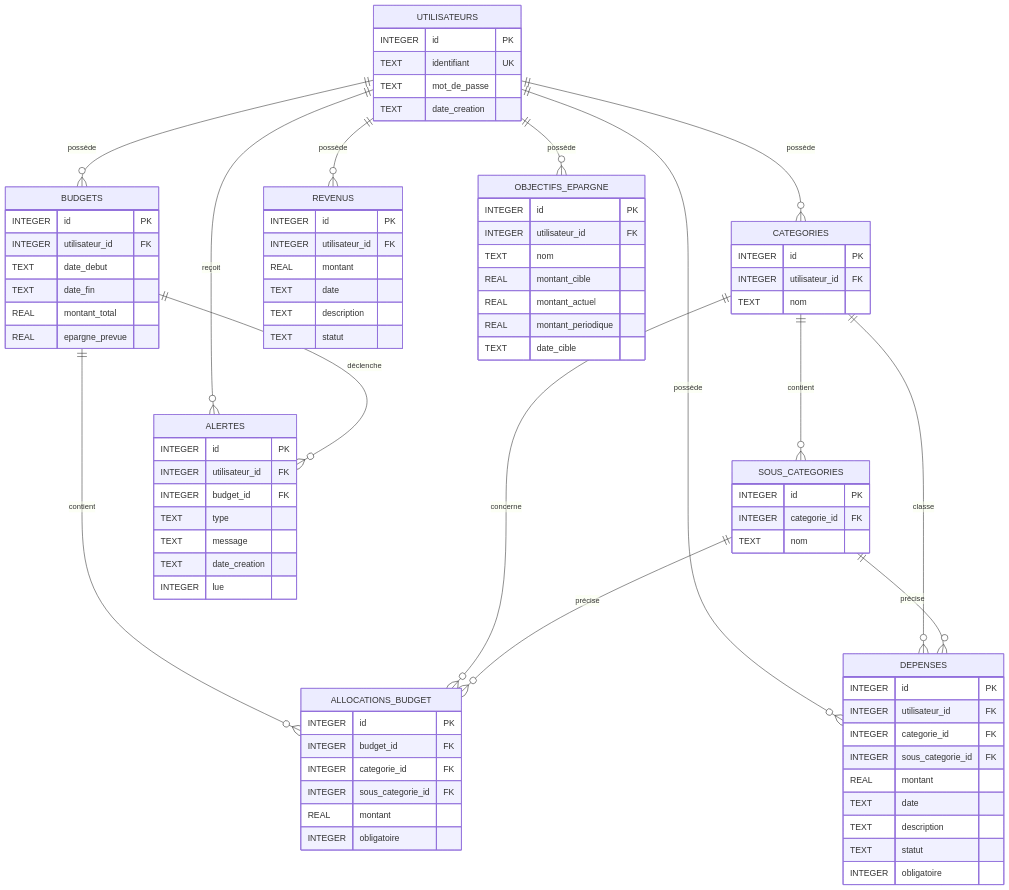
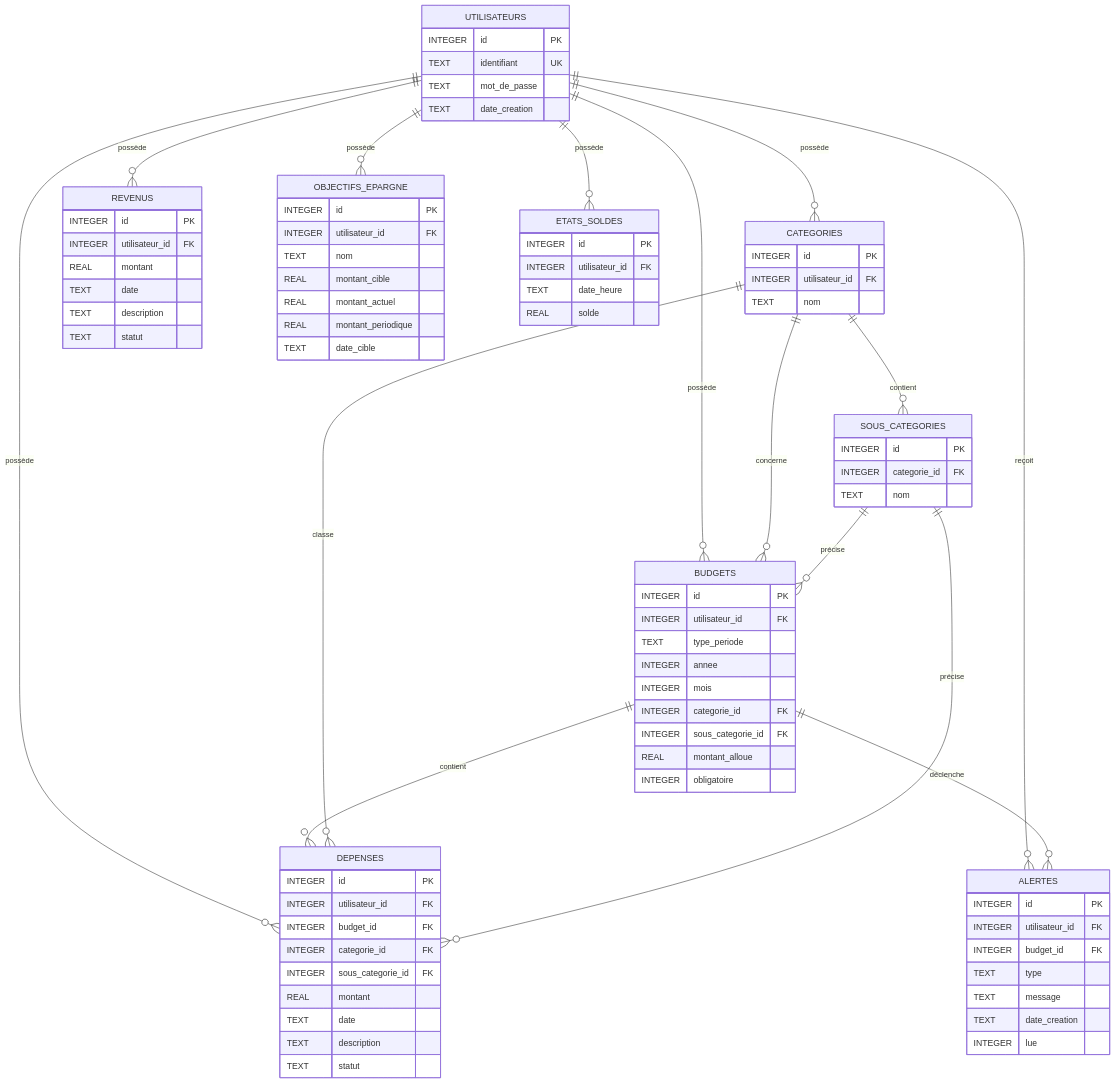
Before and after one commit to TheMuliama/plannification_budgetaire: the diagram in docs/schéma_bdd.md, drawn with Mermaid.

Commit message:
docs: modif `schéma_bdd`

````diff
--- a/docs/schéma_bdd.md
+++ b/docs/schéma_bdd.md
@@ -23,18 +23,12 @@
     BUDGETS {
         INTEGER id PK
         INTEGER utilisateur_id FK
-        TEXT date_debut
-        TEXT date_fin
-        REAL montant_total
-        REAL epargne_prevue
-    }
-
-    ALLOCATIONS_BUDGET {
-        INTEGER id PK
-        INTEGER budget_id FK
+        TEXT type_periode
+        INTEGER annee
+        INTEGER mois
         INTEGER categorie_id FK
         INTEGER sous_categorie_id FK
-        REAL montant
+        REAL montant_alloue
         INTEGER obligatoire
     }
 
@@ -50,13 +44,13 @@
     DEPENSES {
         INTEGER id PK
         INTEGER utilisateur_id FK
+        INTEGER budget_id FK
         INTEGER categorie_id FK
         INTEGER sous_categorie_id FK
         REAL montant
         TEXT date
         TEXT description
         TEXT statut
-        INTEGER obligatoire
     }
 
     OBJECTIFS_EPARGNE {
@@ -67,6 +61,13 @@
         REAL montant_actuel
         REAL montant_periodique
         TEXT date_cible
+    }
+
+    ETATS_SOLDES {
+        INTEGER id PK
+        INTEGER utilisateur_id FK
+        TEXT date_heure
+        REAL solde
     }
 
     ALERTES {
@@ -84,19 +85,20 @@
     CATEGORIES ||--o{ SOUS_CATEGORIES : "contient"
 
     UTILISATEURS ||--o{ BUDGETS : "possède"
-    BUDGETS ||--o{ ALLOCATIONS_BUDGET : "contient"
-
-    CATEGORIES ||--o{ ALLOCATIONS_BUDGET : "concerne"
-    SOUS_CATEGORIES ||--o{ ALLOCATIONS_BUDGET : "précise"
+    CATEGORIES ||--o{ BUDGETS : "concerne"
+    SOUS_CATEGORIES ||--o{ BUDGETS : "précise"
 
     UTILISATEURS ||--o{ REVENUS : "possède"
 
     UTILISATEURS ||--o{ DEPENSES : "possède"
+    BUDGETS ||--o{ DEPENSES : "contient"
     CATEGORIES ||--o{ DEPENSES : "classe"
     SOUS_CATEGORIES ||--o{ DEPENSES : "précise"
 
     UTILISATEURS ||--o{ OBJECTIFS_EPARGNE : "possède"
 
+    UTILISATEURS ||--o{ ETATS_SOLDES : "possède"
+
     UTILISATEURS ||--o{ ALERTES : "reçoit"
     BUDGETS ||--o{ ALERTES : "déclenche"
 ```
````
